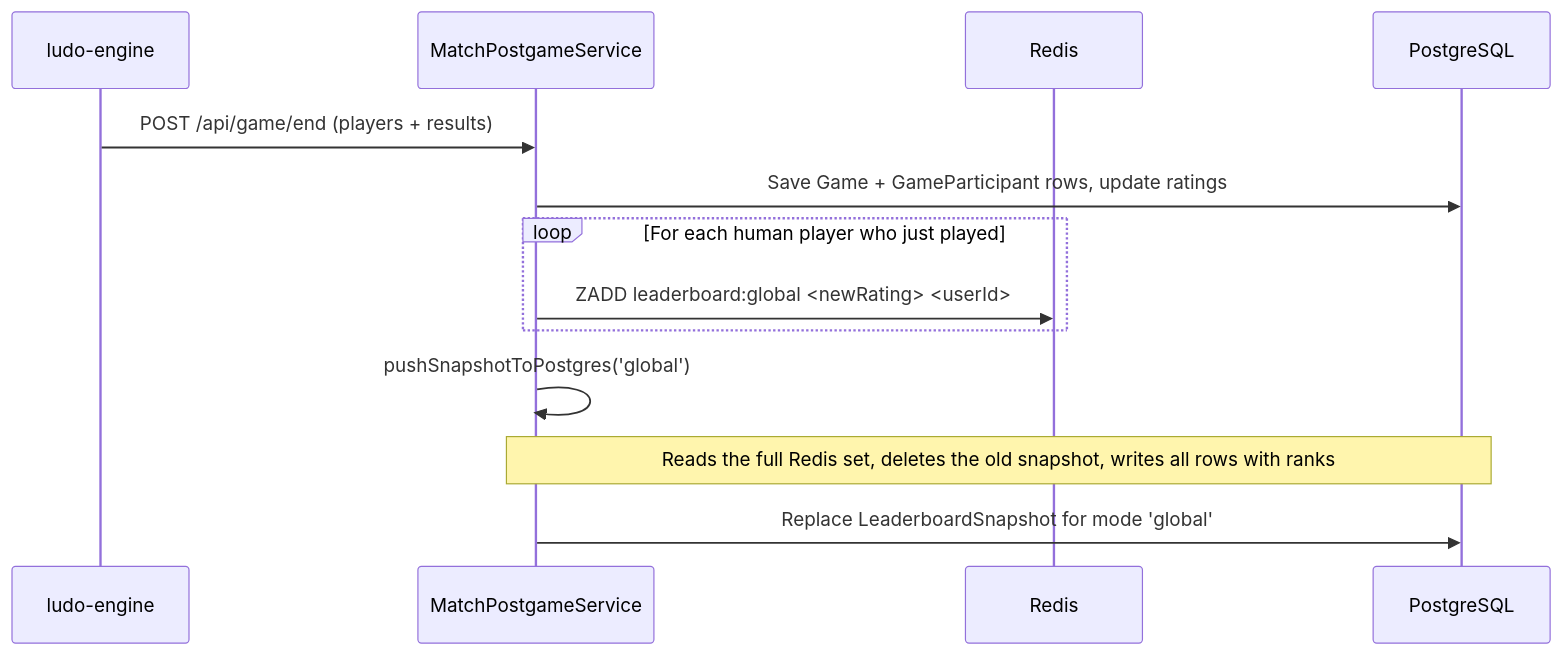
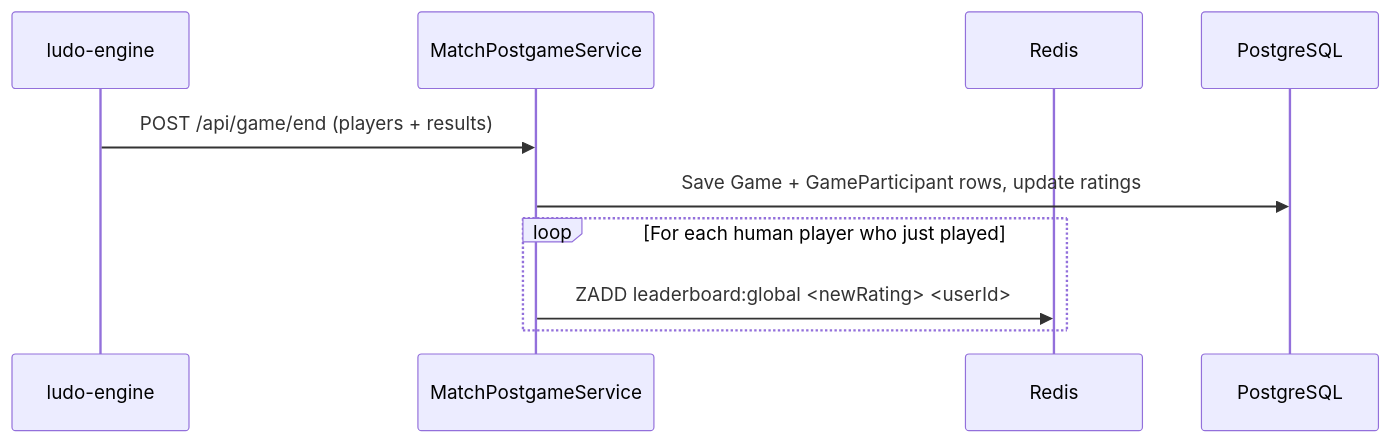
One commit to JaxzTan/ft_transcendence changed the fifth of 6 diagrams in docs/backend/backend-leaderboard-module.md. Above: the diagram before and after it, drawn with Mermaid. The commit also changed other lines of this file and 14 other files, not shown here.

Commit message:
Refactor: Removed Leaderboard snapshot to Postgres

````diff
--- a/docs/backend/backend-leaderboard-module.md
+++ b/docs/backend/backend-leaderboard-module.md
@@ -228,16 +224,13 @@
 ```mermaid
 sequenceDiagram
     participant Engine as ludo-engine
     participant PostGame as MatchPostgameService
     participant R as Redis
     participant DB as PostgreSQL
 
     Engine->>PostGame: POST /api/game/end (players + results)
     PostGame->>DB: Save Game + GameParticipant rows, update ratings
     loop For each human player who just played
         PostGame->>R: ZADD leaderboard:global <newRating> <userId>
     end
-    PostGame->>PostGame: pushSnapshotToPostgres('global')
-    Note over PostGame,DB: Reads the full Redis set, deletes the old snapshot, writes all rows with ranks
-    PostGame->>DB: Replace LeaderboardSnapshot for mode 'global'
 ```
````
